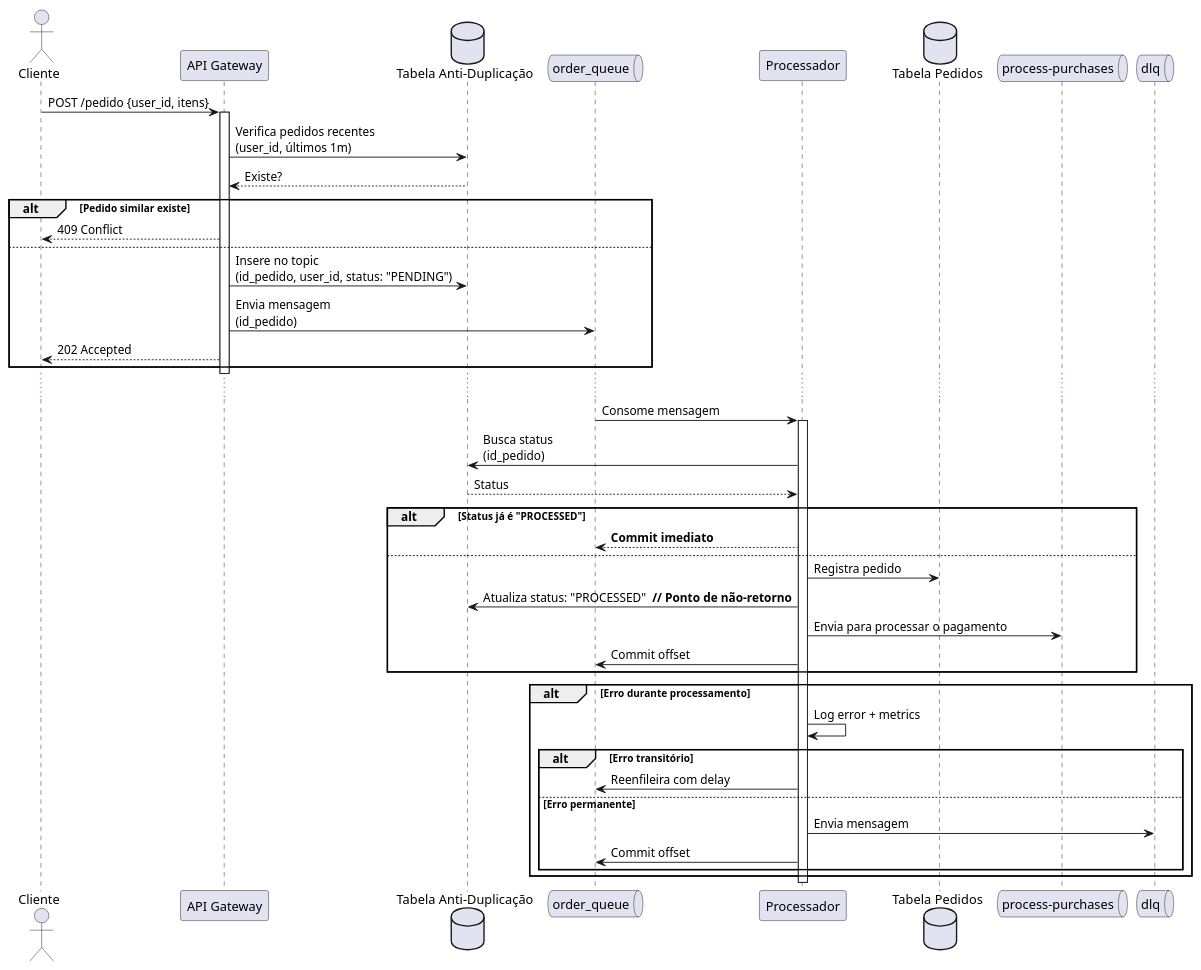
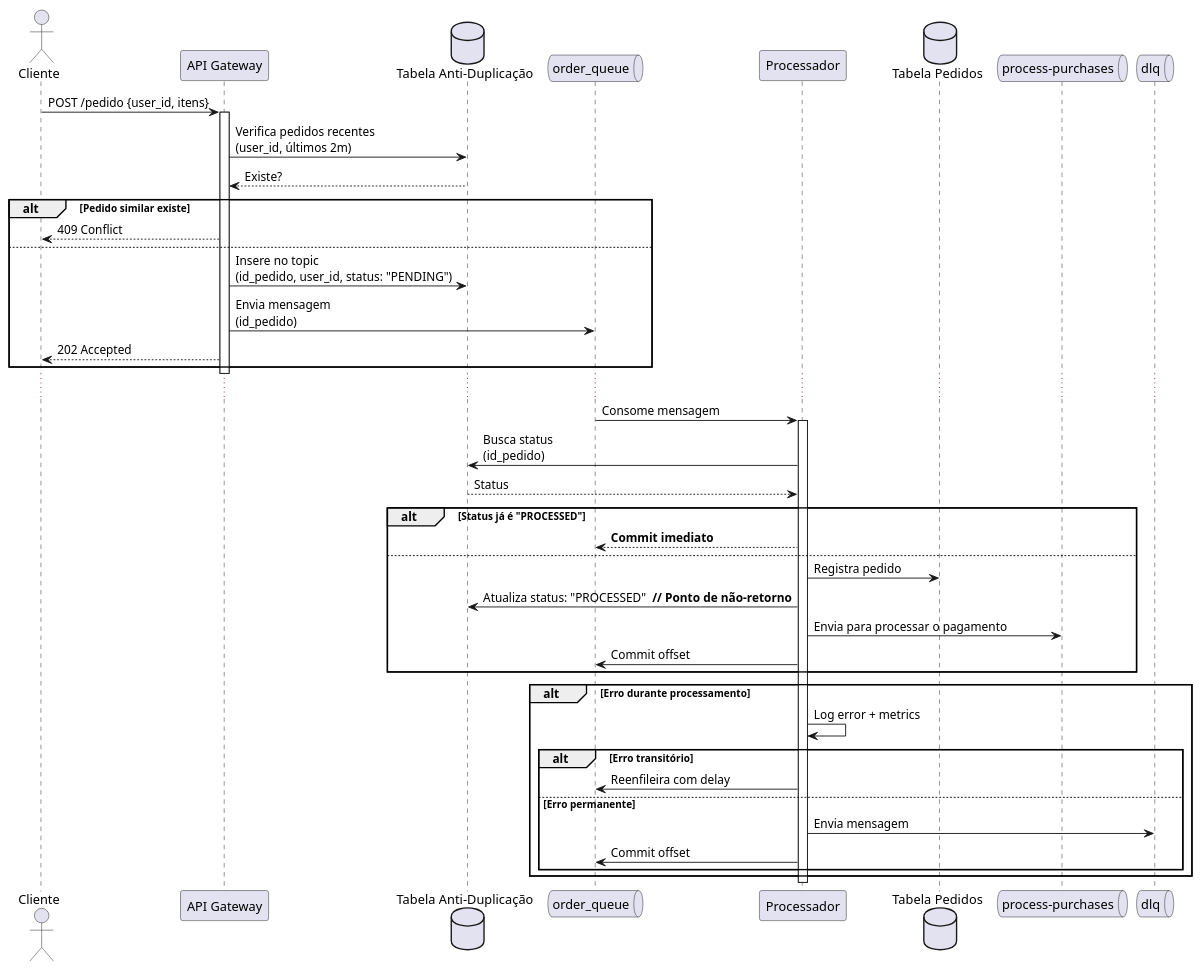
The diagram in process-purchases/docs/uml.plantuml (Thales-Eduardo/gateway-pagament), drawn with PlantUML before and after one commit. The commit also changed 6 other files, not shown here.

```diff
--- a/process-purchases/docs/uml.plantuml
+++ b/process-purchases/docs/uml.plantuml
@@ -1,56 +1,56 @@
 @startuml enhanced_process_purchases_flow
 
 actor Cliente
 participant "API Gateway" as Gateway
 database "Tabela Anti-Duplicação" as AntiDup
 queue "order_queue" as OrderQueue
 participant "Processador" as Processor
 database "Tabela Pedidos" as Orders
 queue "process-purchases" as ProcessPurchases
 queue "dlq" as DLQ
 
 Cliente -> Gateway: POST /pedido {user_id, itens}
 activate Gateway
 
-Gateway -> AntiDup: Verifica pedidos recentes\n(user_id, últimos 1m)
+Gateway -> AntiDup: Verifica pedidos recentes\n(user_id, últimos 2m)
 AntiDup --> Gateway: Existe? 
 
 alt Pedido similar existe
     Gateway --> Cliente: 409 Conflict
 else 
     Gateway -> AntiDup: Insere no topic\n(id_pedido, user_id, status: "PENDING")
     Gateway -> OrderQueue: Envia mensagem\n(id_pedido)
     Gateway --> Cliente: 202 Accepted
 end
 
 deactivate Gateway
 
 ...
 
 OrderQueue -> Processor: Consome mensagem
 activate Processor
 
 Processor -> AntiDup: Busca status\n(id_pedido)
 AntiDup --> Processor: Status
 
 alt Status já é "PROCESSED"
     Processor --> OrderQueue: **Commit imediato**
 else
     Processor -> Orders: Registra pedido
     Processor -> AntiDup: Atualiza status: "PROCESSED"  **// Ponto de não-retorno**
     Processor -> ProcessPurchases: Envia para processar o pagamento
     Processor -> OrderQueue: Commit offset
 end
 
 alt Erro durante processamento
     Processor -> Processor: Log error + metrics
     alt Erro transitório
         Processor -> OrderQueue: Reenfileira com delay
     else Erro permanente
         Processor -> DLQ: Envia mensagem
         Processor -> OrderQueue: Commit offset
     end
 end
 
 deactivate Processor
 @enduml
```
